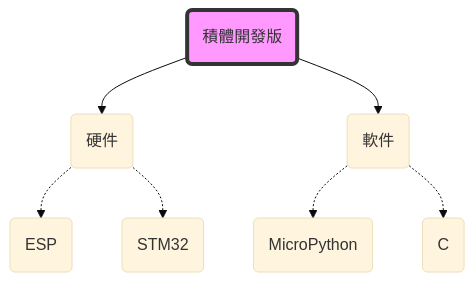
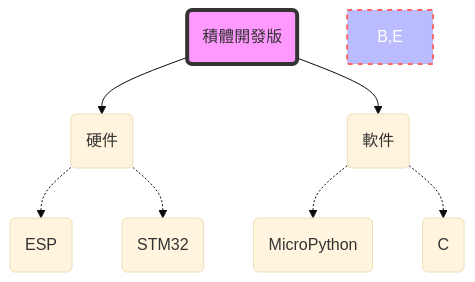
One commit to hkdickyko/hkdickyko.github.io changed the first of 2 diagrams in _posts/2021-09-30-jekyll.md. Above: the diagram before and after it, drawn with Mermaid (base theme). The commit also changed other lines of this file, not shown here.

```diff
--- a/_posts/2021-09-30-jekyll.md
+++ b/_posts/2021-09-30-jekyll.md
@@ -102,17 +102,19 @@
 <div class="mermaid">
 graph TD;
     A("積體開發版");
     B("硬件");
     C("ESP");
     D("STM32");
     E("軟件");
     F("MicroPython");
     G("C");
     A-->B;
     B-.->C;
     B-.->D;
     A-->E;
     E-.->F;
     E-.->G;
 style A fill:#f9f,stroke:#333,stroke-width:4px;
+style B,E fill:#bbf,stroke:#f66,stroke-width:2px,color:#fff,stroke-dasharray: 5 5;
+
 </div>
```
